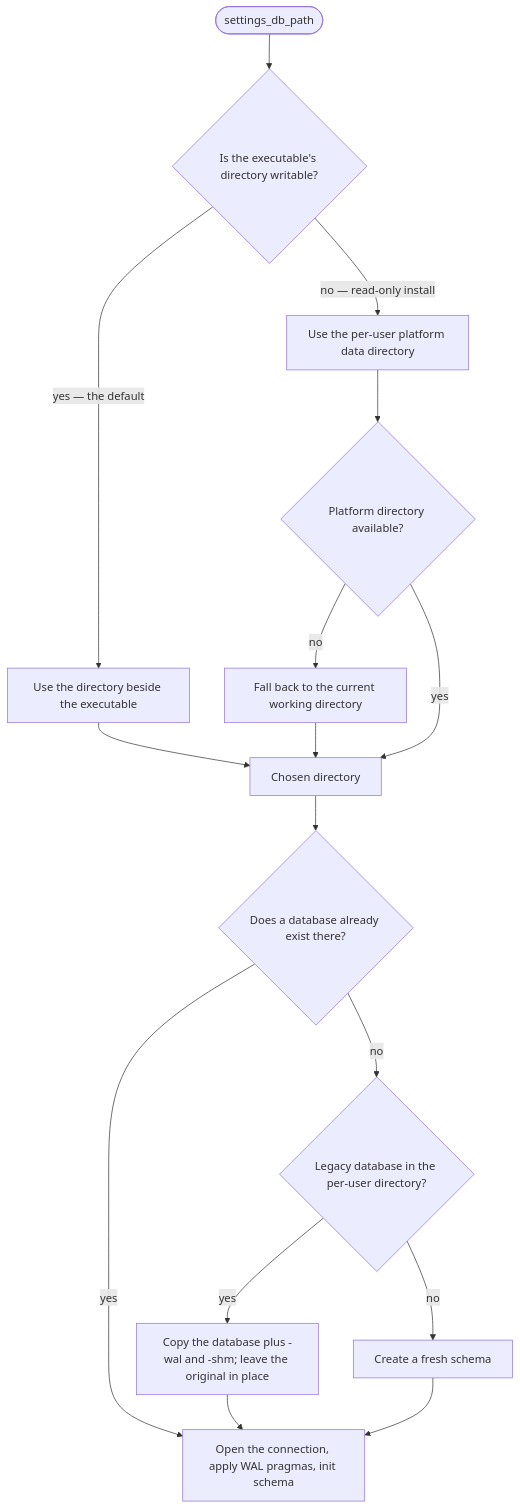
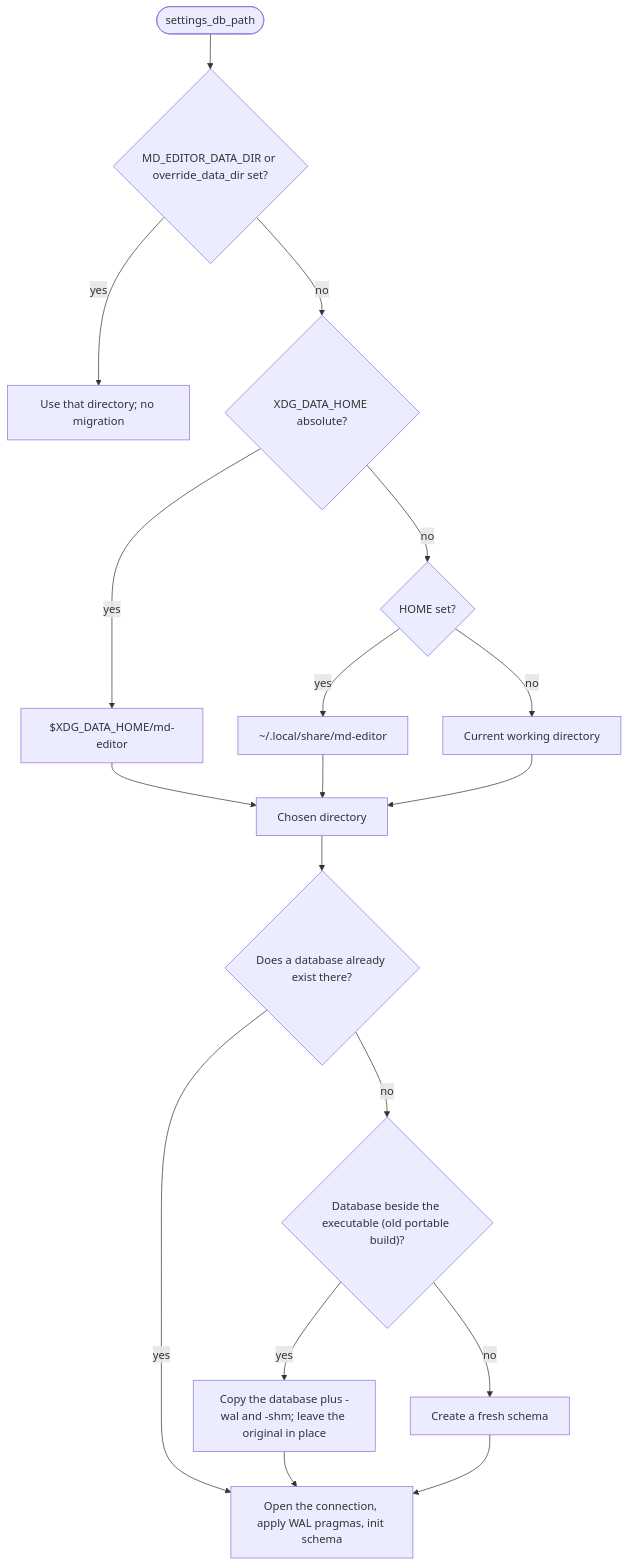
Before and after one commit to Suranjan77/md-editor: the second of 3 diagrams in wiki/Core-Services.md, drawn with Mermaid. The commit also changed other lines of this file and 101 other files, not shown here.

````diff
--- a/wiki/Core-Services.md
+++ b/wiki/Core-Services.md
@@ -151,19 +151,21 @@
 ```mermaid
 flowchart TD
-    Start(["settings_db_path"]) --> ExeDir{"Is the executable's directory writable?"}
-    ExeDir -->|"yes — the default"| BesideExe["Use the directory beside the executable"]
-    ExeDir -->|"no — read-only install"| PlatformData["Use the per-user platform data directory"]
-    PlatformData --> HasPlatform{"Platform directory available?"}
-    HasPlatform -->|"no"| CurrentDir["Fall back to the current working directory"]
-    HasPlatform -->|"yes"| Chosen["Chosen directory"]
-    BesideExe --> Chosen
+    Start(["settings_db_path"]) --> Override{"MD_EDITOR_DATA_DIR or override_data_dir set?"}
+    Override -->|"yes"| Pinned["Use that directory; no migration"]
+    Override -->|"no"| Xdg{"XDG_DATA_HOME absolute?"}
+    Xdg -->|"yes"| XdgDir["$XDG_DATA_HOME/md-editor"]
+    Xdg -->|"no"| Home{"HOME set?"}
+    Home -->|"yes"| HomeDir["~/.local/share/md-editor"]
+    Home -->|"no"| CurrentDir["Current working directory"]
+    XdgDir --> Chosen["Chosen directory"]
+    HomeDir --> Chosen
     CurrentDir --> Chosen
 
     Chosen --> Exists{"Does a database already exist there?"}
     Exists -->|"yes"| OpenDB["Open the connection, apply WAL pragmas, init schema"]
-    Exists -->|"no"| Legacy{"Legacy database in the per-user directory?"}
-    Legacy -->|"yes"| Migrate["Copy the database plus -wal and -shm; leave the original in place"]
-    Legacy -->|"no"| InitFresh["Create a fresh schema"]
+    Exists -->|"no"| Portable{"Database beside the executable (old portable build)?"}
+    Portable -->|"yes"| Migrate["Copy the database plus -wal and -shm; leave the original in place"]
+    Portable -->|"no"| InitFresh["Create a fresh schema"]
     Migrate --> OpenDB
     InitFresh --> OpenDB
 ```
````
